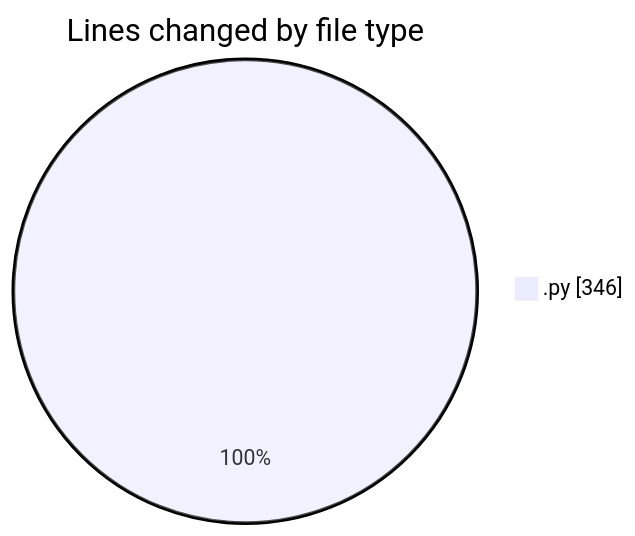
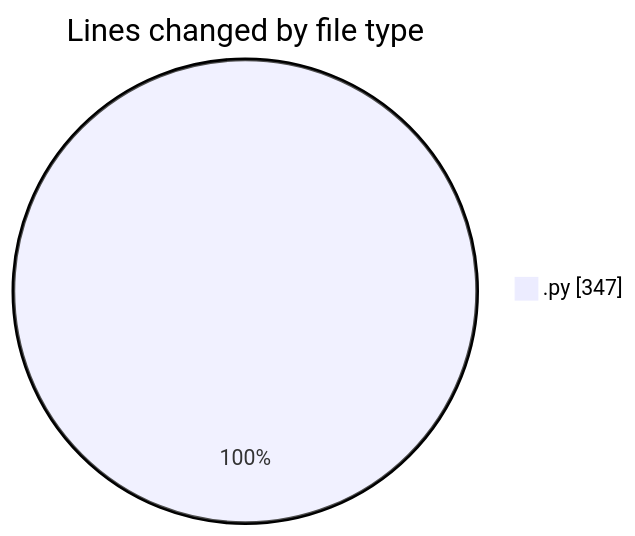
Before and after one commit to MatusMokan/code-tracking: the first of 2 diagrams in 2025-01-12/myws__workspace_/README.md, drawn with Mermaid. The commit also changed other lines of this file and 1 other file, not shown here.

````diff
--- a/2025-01-12/myws__workspace_/README.md
+++ b/2025-01-12/myws__workspace_/README.md
@@ -21,5 +21,5 @@
 ```mermaid
 pie showData
 title Lines changed by file type
-".py" : 346
+".py" : 347
 ```
````
